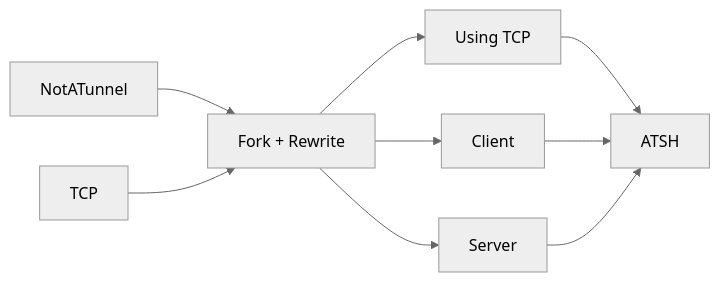
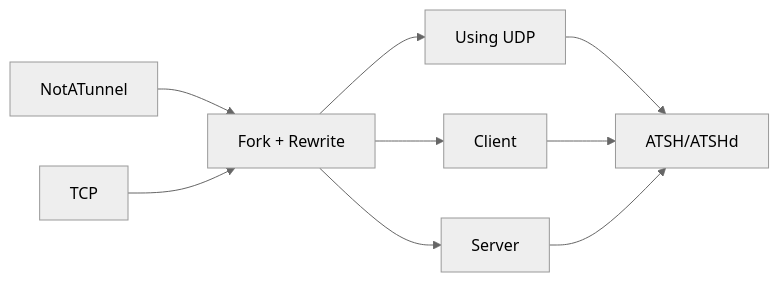
The diagram in README.md (eblanrose/atsh), drawn with Mermaid (neutral theme) before and after one commit.

Commit message:
Update README.md to reflect protocol changes

````diff
--- a/README.md
+++ b/README.md
@@ -12,10 +12,10 @@
 ``` mermaid
 graph LR
 A[NotATunnel]
 A --> B[Fork + Rewrite] --> D[Client]
-TCP --> B --> J[Using TCP] --> C
+TCP --> B --> J[Using UDP] --> C
 
 B --> E[Server]
 D --> C
-E --> C[ATSH]
+E --> C[ATSH/ATSHd]
 ```
````
